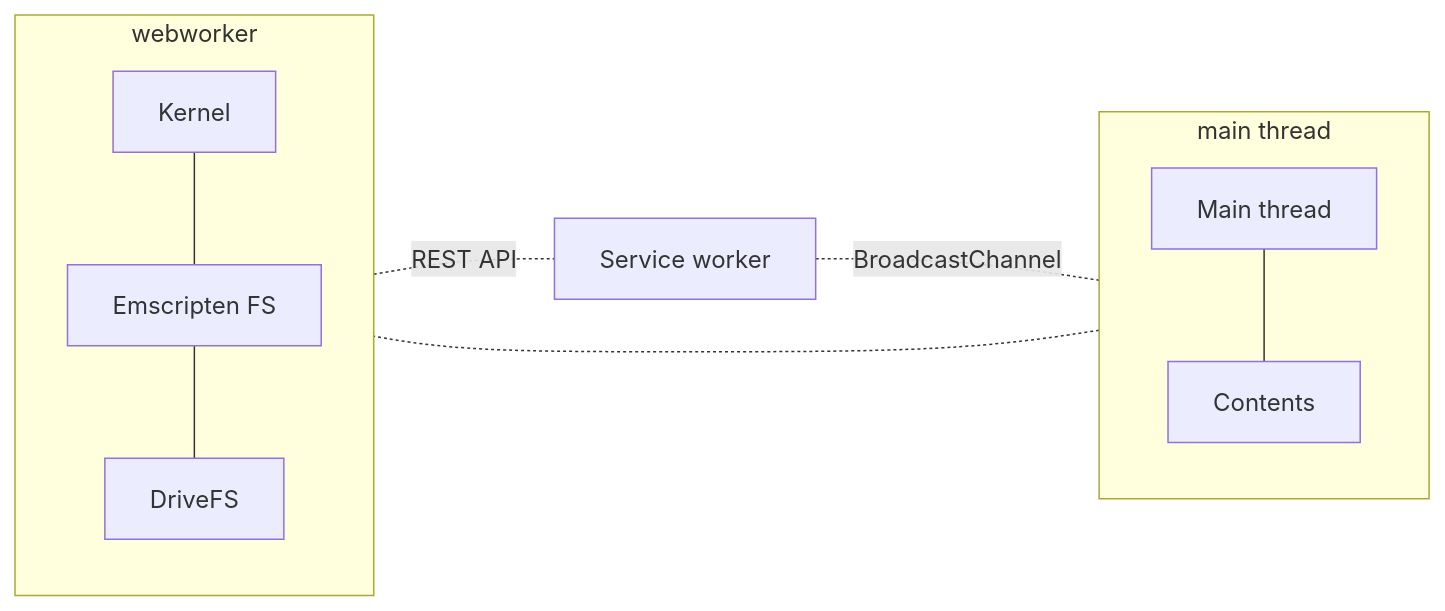
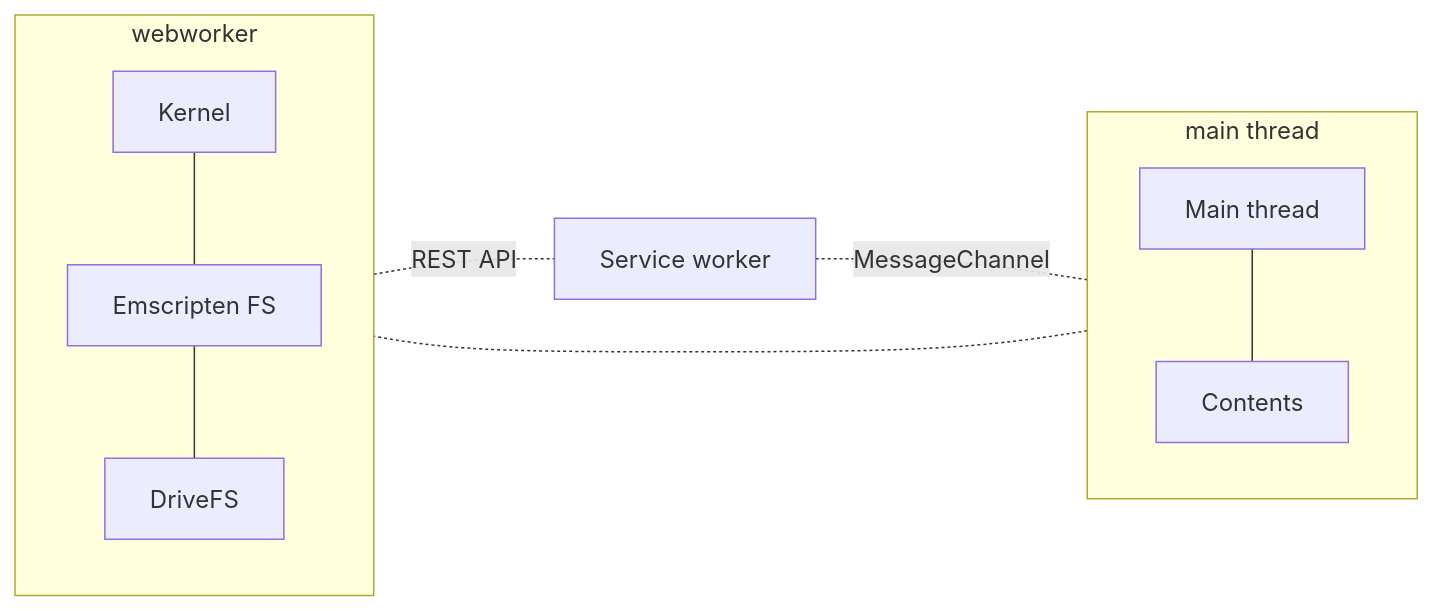
One commit to jupyterlite/jupyterlite changed the first of 2 diagrams in docs/reference/contents.md. Above: the diagram before and after it, drawn with Mermaid. The commit also changed other lines of this file, not shown here.

````diff
--- a/docs/reference/contents.md
+++ b/docs/reference/contents.md
@@ -46,16 +46,16 @@
 ```{mermaid}
 flowchart LR
     subgraph main thread
         direction TB
         M[Main thread]
         M --- C[Contents]
     end
     subgraph webworker
         direction TB
         M -.- K[Kernel]
         K --- FS[Emscripten FS]
         FS --- D[DriveFS]
     end
-    S[Service worker] -.-|BroadcastChannel| M
+    S[Service worker] -.-|MessageChannel| M
     D -.-|REST API| S
 ```
````
